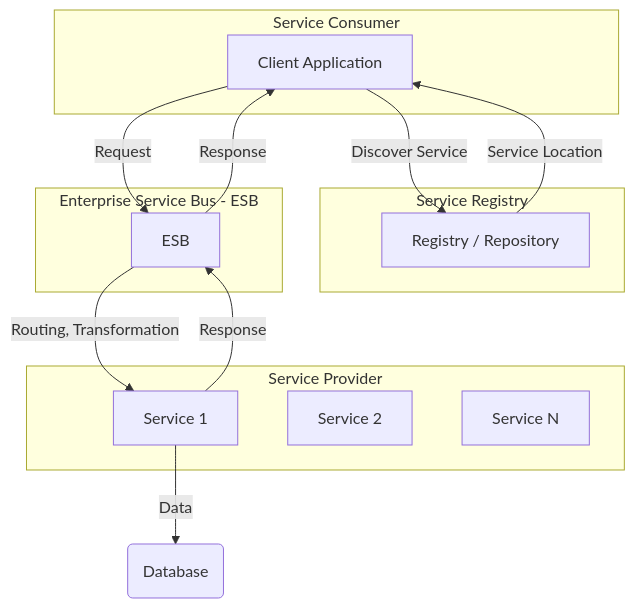
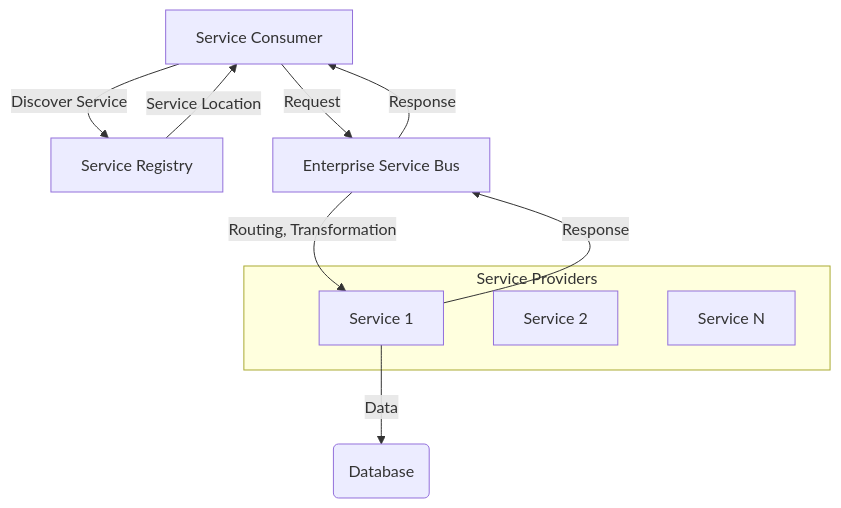
One commit to bmeurant/technical-docs changed the diagram in software-architecture/architectural-styles/soa.md. Above: the diagram before and after it, drawn with Mermaid. The commit also changed 9 other files, not shown here.

Commit message:
docs(software-architecture): Simplifies mermaid diagrams

````diff
--- a/software-architecture/architectural-styles/soa.md
+++ b/software-architecture/architectural-styles/soa.md
@@ -22,28 +22,20 @@
 ```mermaid
 graph TD
-    subgraph Service Consumer
-        A[Client Application]
+    C[Service Consumer]
+    R[Service Registry]
+    E[Enterprise Service Bus]
+
+    subgraph Service Providers
+        S1[Service 1]
+        S2[Service 2]
+        SN[Service N]
     end
 
-    subgraph Service Registry
-        B[Registry / Repository]
-    end
-
-    subgraph Enterprise Service Bus - ESB
-        C[ESB]
-    end
-
-    subgraph Service Provider
-        D[Service 1]
-        E[Service 2]
-        F[Service N]
-    end
-
-    A -- "Discover Service" --> B
-    B -- "Service Location" --> A
-    A -- "Request" --> C
-    C -- "Routing, Transformation" --> D
-    D -- "Response" --> C
-    C -- "Response" --> A
-    D -- "Data" --> G(Database)
+    C -- "Discover Service" --> R
+    R -- "Service Location" --> C
+    C -- "Request" --> E
+    E -- "Routing, Transformation" --> S1
+    S1 -- "Response" --> E
+    E -- "Response" --> C
+    S1 -- "Data" --> G(Database)
 ```
````
